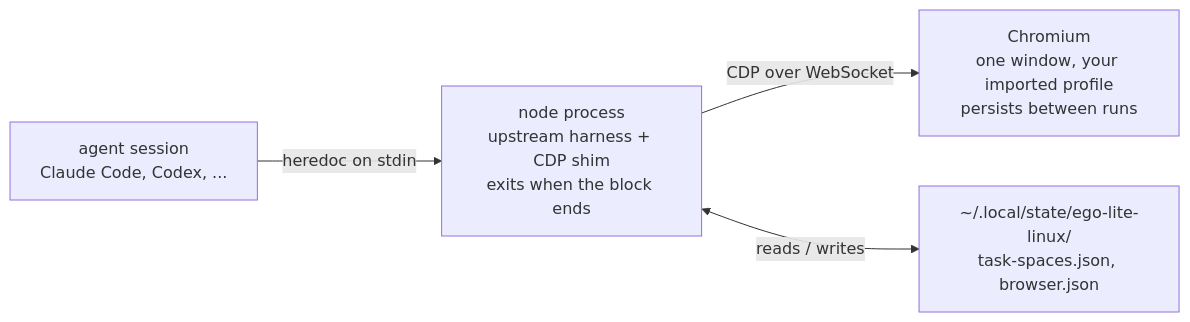
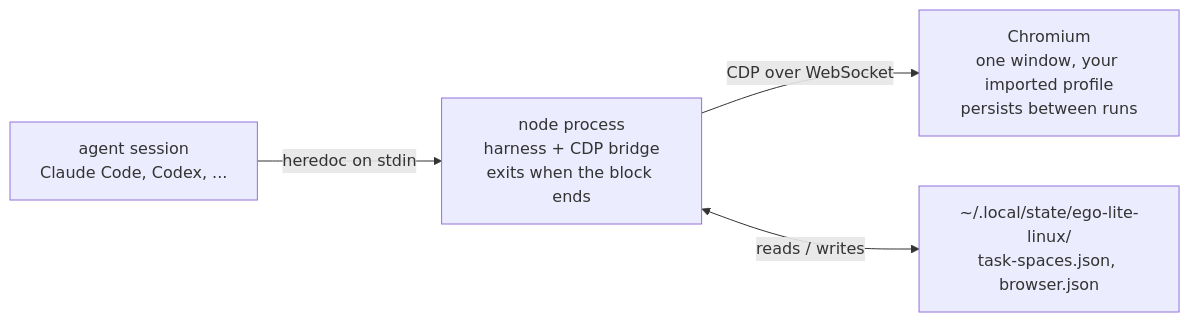
The diagram in README.md (opencue/agenticbrowser), drawn with Mermaid before and after one commit. The commit also changed other lines of this file, not shown here.

````diff
--- a/README.md
+++ b/README.md
@@ -282,11 +232,11 @@
 ```mermaid
 flowchart LR
     A["agent session<br/>Claude Code, Codex, ..."]
-    B["node process<br/>upstream harness + CDP shim<br/>exits when the block ends"]
+    B["node process<br/>harness + CDP bridge<br/>exits when the block ends"]
     C["Chromium<br/>one window, your imported profile<br/>persists between runs"]
     F["~/.local/state/ego-lite-linux/<br/>task-spaces.json, browser.json"]
 
     A -->|"heredoc on stdin"| B
     B -->|"CDP over WebSocket"| C
     B <-->|"reads / writes"| F
 ```
````
